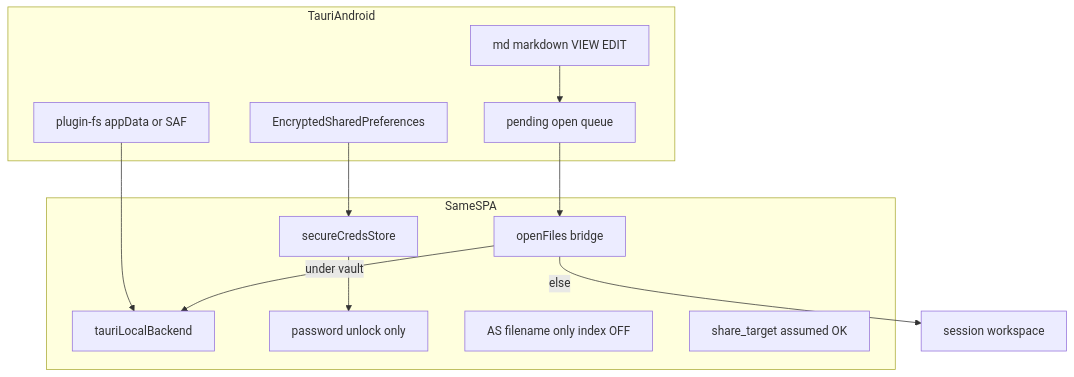
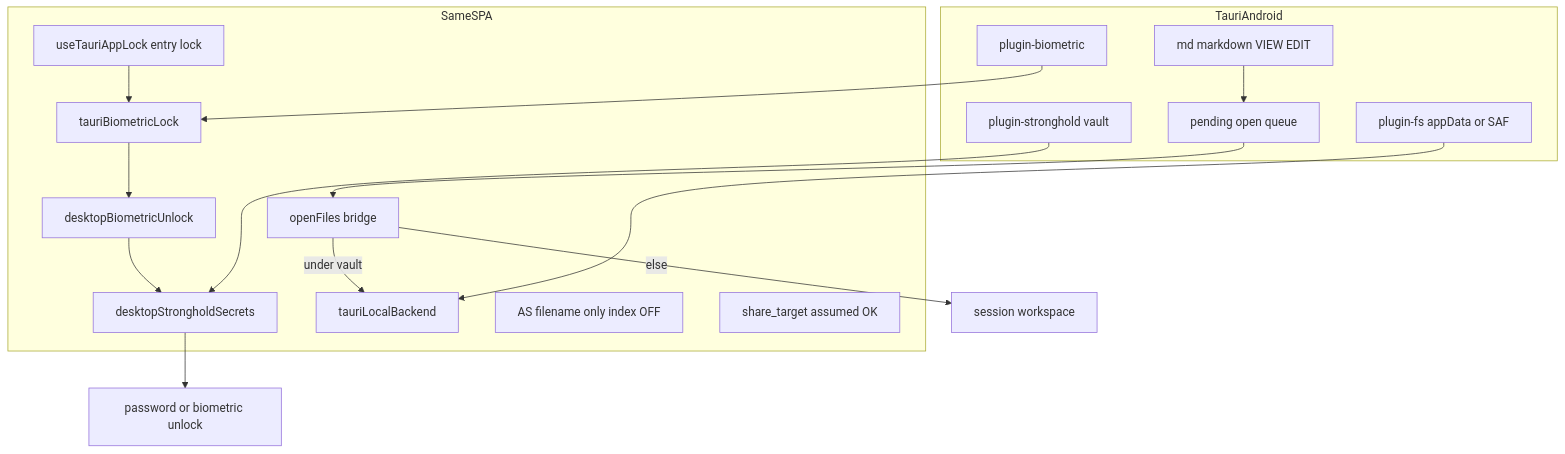
The diagram in .cursor/plans/android_tauri_sideload_839ecdff.plan.md (explainpark101/DocuHaim), drawn with Mermaid before and after one commit. The commit also changed other lines of this file and 2 other files, not shown here.

First line of the commit message:
feat(android-sideload): enhance Tauri Android sideloading capabilities

````diff
--- a/.cursor/plans/android_tauri_sideload_839ecdff.plan.md
+++ b/.cursor/plans/android_tauri_sideload_839ecdff.plan.md
@@ -50,22 +48,29 @@
 ```mermaid
 flowchart TB
   subgraph androidShell [TauriAndroid]
     MdAssoc["md markdown VIEW EDIT"]
     RustOpen["pending open queue"]
-    SecureStore["EncryptedSharedPreferences"]
+    BiometricPlugin["plugin-biometric"]
+    Stronghold["plugin-stronghold vault"]
     Fs["plugin-fs appData or SAF"]
   end
   subgraph spa [SameSPA]
     Bridge["openFiles bridge"]
-    Creds["secureCredsStore"]
+    BioGate["tauriBiometricLock"]
+    BioUnlock["desktopBiometricUnlock"]
+    StrongholdJS["desktopStrongholdSecrets"]
     LocalBE["tauriLocalBackend"]
-    Unlock["password unlock only"]
+    AppLock["useTauriAppLock entry lock"]
     AS["AS filename only index OFF"]
     ShareOK["share_target assumed OK"]
   end
   MdAssoc --> RustOpen --> Bridge
   Bridge -->|"under vault"| LocalBE
   Bridge -->|"else"| Session["session workspace"]
-  SecureStore --> Creds --> Unlock
+  BiometricPlugin --> BioGate --> BioUnlock
+  BioUnlock --> StrongholdJS
+  Stronghold --> StrongholdJS
+  StrongholdJS --> Unlock["password or biometric unlock"]
+  AppLock --> BioGate
   Fs --> LocalBE
 ```
````
